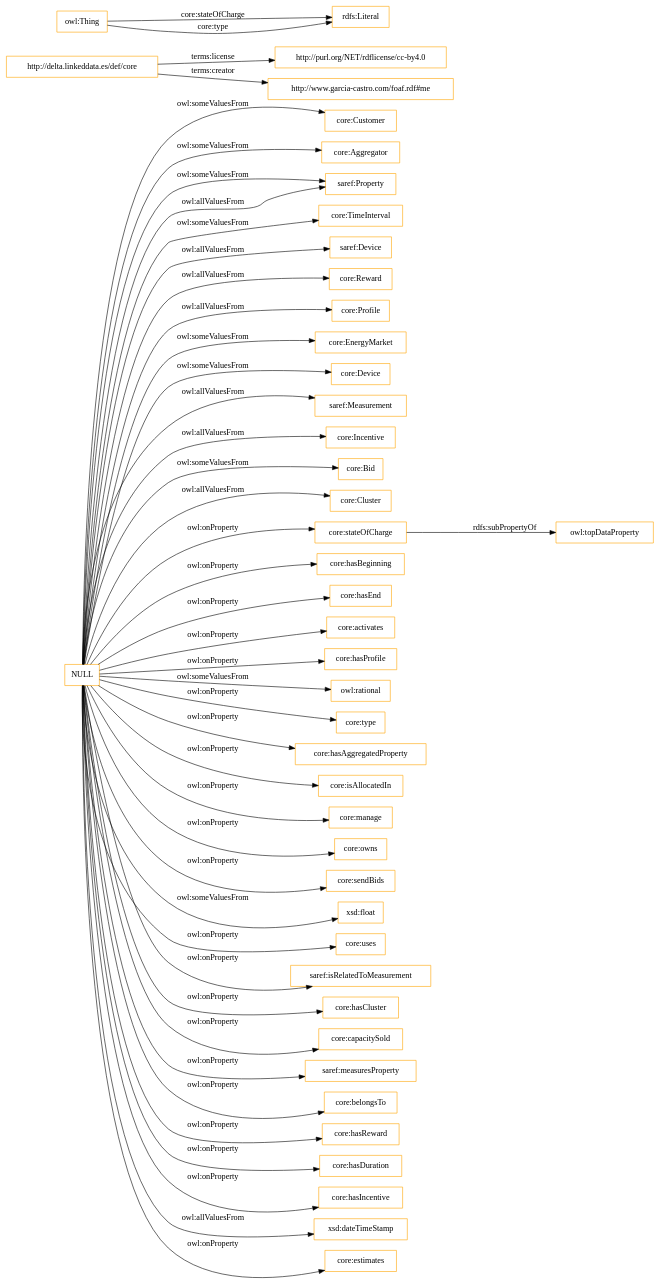
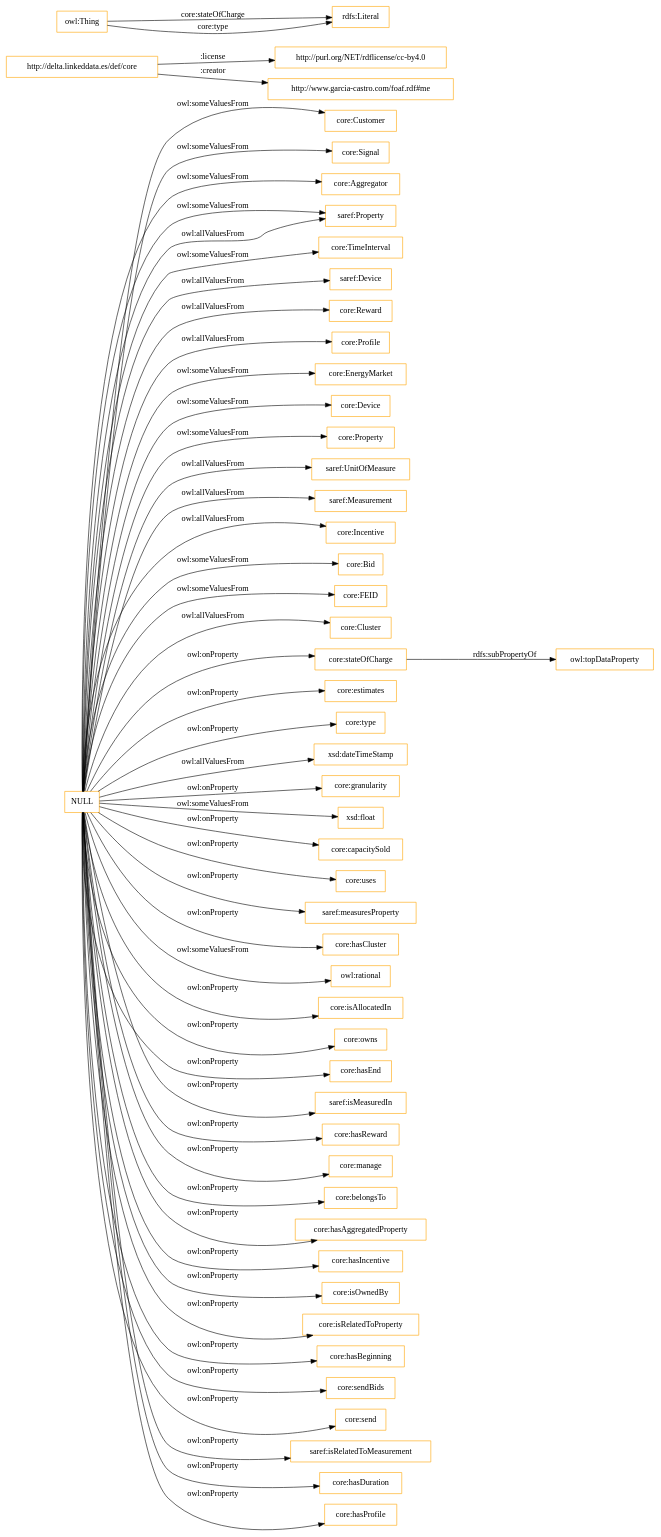
The diagram in OnToology/ontology/delta.ttl/diagrams/ar2dtool-class/delta.ttl.png.dot (oeg-upm/delta-ontology), drawn with Graphviz before and after one commit. The commit also changed 12 other files, not shown here.

```diff
--- a/OnToology/ontology/delta.ttl/diagrams/ar2dtool-class/delta.ttl.png.dot
+++ b/OnToology/ontology/delta.ttl/diagrams/ar2dtool-class/delta.ttl.png.dot
@@ -1,49 +1,57 @@
 digraph ar2dtool_diagram { 
 rankdir=LR;
 size="1501"
-node [shape = rectangle, color="orange"]; "core:Customer" "core:Aggregator" "saref:Property" "core:TimeInterval" "saref:Device" "core:Reward" "core:Profile" "core:EnergyMarket" "core:Device" "saref:Measurement" "core:Incentive" "core:Bid" "core:Cluster" ; /*classes style*/
-	"http://delta.linkeddata.es/def/core" -> "http://purl.org/NET/rdflicense/cc-by4.0" [ label = "terms:license" ];
-	"http://delta.linkeddata.es/def/core" -> "http://www.garcia-castro.com/foaf.rdf#me" [ label = "terms:creator" ];
+node [shape = rectangle, color="orange"]; "core:Customer" "core:Signal" "core:Aggregator" "saref:Property" "core:TimeInterval" "saref:Device" "core:Reward" "core:Profile" "core:EnergyMarket" "core:Device" "core:Property" "saref:UnitOfMeasure" "saref:Measurement" "core:Incentive" "core:Bid" "core:FEID" "core:Cluster" ; /*classes style*/
+	"http://delta.linkeddata.es/def/core" -> "http://purl.org/NET/rdflicense/cc-by4.0" [ label = ":license" ];
+	"http://delta.linkeddata.es/def/core" -> "http://www.garcia-castro.com/foaf.rdf#me" [ label = ":creator" ];
 	"core:stateOfCharge" -> "owl:topDataProperty" [ label = "rdfs:subPropertyOf" ];
+	"NULL" -> "core:estimates" [ label = "owl:onProperty" ];
+	"NULL" -> "core:type" [ label = "owl:onProperty" ];
+	"NULL" -> "xsd:dateTimeStamp" [ label = "owl:allValuesFrom" ];
+	"NULL" -> "core:granularity" [ label = "owl:onProperty" ];
+	"NULL" -> "saref:UnitOfMeasure" [ label = "owl:allValuesFrom" ];
+	"NULL" -> "core:Property" [ label = "owl:someValuesFrom" ];
+	"NULL" -> "saref:Measurement" [ label = "owl:allValuesFrom" ];
+	"NULL" -> "core:Profile" [ label = "owl:allValuesFrom" ];
+	"NULL" -> "core:Reward" [ label = "owl:allValuesFrom" ];
+	"NULL" -> "xsd:float" [ label = "owl:someValuesFrom" ];
+	"NULL" -> "core:capacitySold" [ label = "owl:onProperty" ];
+	"NULL" -> "core:Signal" [ label = "owl:someValuesFrom" ];
+	"NULL" -> "core:uses" [ label = "owl:onProperty" ];
+	"NULL" -> "saref:measuresProperty" [ label = "owl:onProperty" ];
+	"NULL" -> "saref:Device" [ label = "owl:allValuesFrom" ];
+	"NULL" -> "core:hasCluster" [ label = "owl:onProperty" ];
+	"NULL" -> "owl:rational" [ label = "owl:someValuesFrom" ];
+	"NULL" -> "core:isAllocatedIn" [ label = "owl:onProperty" ];
+	"NULL" -> "core:owns" [ label = "owl:onProperty" ];
+	"NULL" -> "core:hasEnd" [ label = "owl:onProperty" ];
+	"NULL" -> "saref:isMeasuredIn" [ label = "owl:onProperty" ];
+	"NULL" -> "core:TimeInterval" [ label = "owl:someValuesFrom" ];
+	"NULL" -> "core:hasReward" [ label = "owl:onProperty" ];
+	"NULL" -> "core:manage" [ label = "owl:onProperty" ];
+	"NULL" -> "saref:Property" [ label = "owl:someValuesFrom" ];
+	"NULL" -> "core:Aggregator" [ label = "owl:someValuesFrom" ];
+	"NULL" -> "core:Incentive" [ label = "owl:allValuesFrom" ];
+	"NULL" -> "core:belongsTo" [ label = "owl:onProperty" ];
+	"NULL" -> "core:hasAggregatedProperty" [ label = "owl:onProperty" ];
+	"NULL" -> "core:EnergyMarket" [ label = "owl:someValuesFrom" ];
+	"NULL" -> "core:FEID" [ label = "owl:someValuesFrom" ];
+	"NULL" -> "core:hasIncentive" [ label = "owl:onProperty" ];
+	"NULL" -> "core:stateOfCharge" [ label = "owl:onProperty" ];
+	"NULL" -> "core:Customer" [ label = "owl:someValuesFrom" ];
+	"NULL" -> "core:isOwnedBy" [ label = "owl:onProperty" ];
+	"NULL" -> "core:isRelatedToProperty" [ label = "owl:onProperty" ];
 	"NULL" -> "core:hasBeginning" [ label = "owl:onProperty" ];
-	"NULL" -> "core:TimeInterval" [ label = "owl:someValuesFrom" ];
-	"NULL" -> "core:EnergyMarket" [ label = "owl:someValuesFrom" ];
-	"NULL" -> "core:Customer" [ label = "owl:someValuesFrom" ];
-	"NULL" -> "core:hasEnd" [ label = "owl:onProperty" ];
-	"NULL" -> "core:activates" [ label = "owl:onProperty" ];
-	"NULL" -> "core:stateOfCharge" [ label = "owl:onProperty" ];
+	"NULL" -> "core:Cluster" [ label = "owl:allValuesFrom" ];
+	"NULL" -> "core:sendBids" [ label = "owl:onProperty" ];
+	"NULL" -> "saref:Property" [ label = "owl:allValuesFrom" ];
+	"NULL" -> "core:send" [ label = "owl:onProperty" ];
+	"NULL" -> "core:Device" [ label = "owl:someValuesFrom" ];
+	"NULL" -> "saref:isRelatedToMeasurement" [ label = "owl:onProperty" ];
+	"NULL" -> "core:hasDuration" [ label = "owl:onProperty" ];
+	"NULL" -> "core:Bid" [ label = "owl:someValuesFrom" ];
 	"NULL" -> "core:hasProfile" [ label = "owl:onProperty" ];
-	"NULL" -> "owl:rational" [ label = "owl:someValuesFrom" ];
-	"NULL" -> "core:type" [ label = "owl:onProperty" ];
-	"NULL" -> "saref:Measurement" [ label = "owl:allValuesFrom" ];
-	"NULL" -> "core:hasAggregatedProperty" [ label = "owl:onProperty" ];
-	"NULL" -> "core:isAllocatedIn" [ label = "owl:onProperty" ];
-	"NULL" -> "core:manage" [ label = "owl:onProperty" ];
-	"NULL" -> "core:owns" [ label = "owl:onProperty" ];
-	"NULL" -> "core:Device" [ label = "owl:someValuesFrom" ];
-	"NULL" -> "core:sendBids" [ label = "owl:onProperty" ];
-	"NULL" -> "core:Incentive" [ label = "owl:allValuesFrom" ];
-	"NULL" -> "xsd:float" [ label = "owl:someValuesFrom" ];
-	"NULL" -> "core:uses" [ label = "owl:onProperty" ];
-	"NULL" -> "core:Aggregator" [ label = "owl:someValuesFrom" ];
-	"NULL" -> "saref:Property" [ label = "owl:someValuesFrom" ];
-	"NULL" -> "saref:isRelatedToMeasurement" [ label = "owl:onProperty" ];
-	"NULL" -> "core:Reward" [ label = "owl:allValuesFrom" ];
-	"NULL" -> "core:hasCluster" [ label = "owl:onProperty" ];
-	"NULL" -> "core:capacitySold" [ label = "owl:onProperty" ];
-	"NULL" -> "saref:measuresProperty" [ label = "owl:onProperty" ];
-	"NULL" -> "core:Cluster" [ label = "owl:allValuesFrom" ];
-	"NULL" -> "core:belongsTo" [ label = "owl:onProperty" ];
-	"NULL" -> "core:hasReward" [ label = "owl:onProperty" ];
-	"NULL" -> "core:hasDuration" [ label = "owl:onProperty" ];
-	"NULL" -> "core:Profile" [ label = "owl:allValuesFrom" ];
-	"NULL" -> "core:Bid" [ label = "owl:someValuesFrom" ];
-	"NULL" -> "saref:Property" [ label = "owl:allValuesFrom" ];
-	"NULL" -> "core:hasIncentive" [ label = "owl:onProperty" ];
-	"NULL" -> "xsd:dateTimeStamp" [ label = "owl:allValuesFrom" ];
-	"NULL" -> "core:estimates" [ label = "owl:onProperty" ];
-	"NULL" -> "saref:Device" [ label = "owl:allValuesFrom" ];
 	"owl:Thing" -> "rdfs:Literal" [ label = "core:stateOfCharge" ];
 	"owl:Thing" -> "rdfs:Literal" [ label = "core:type" ];
 
 }
```
